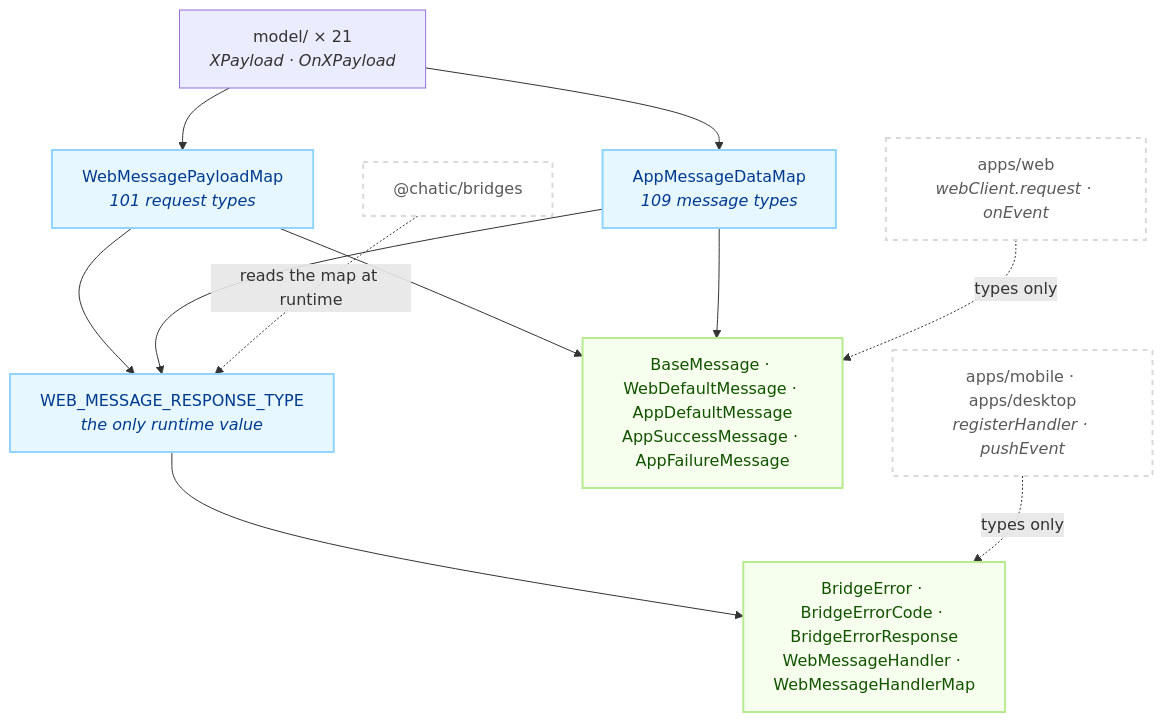
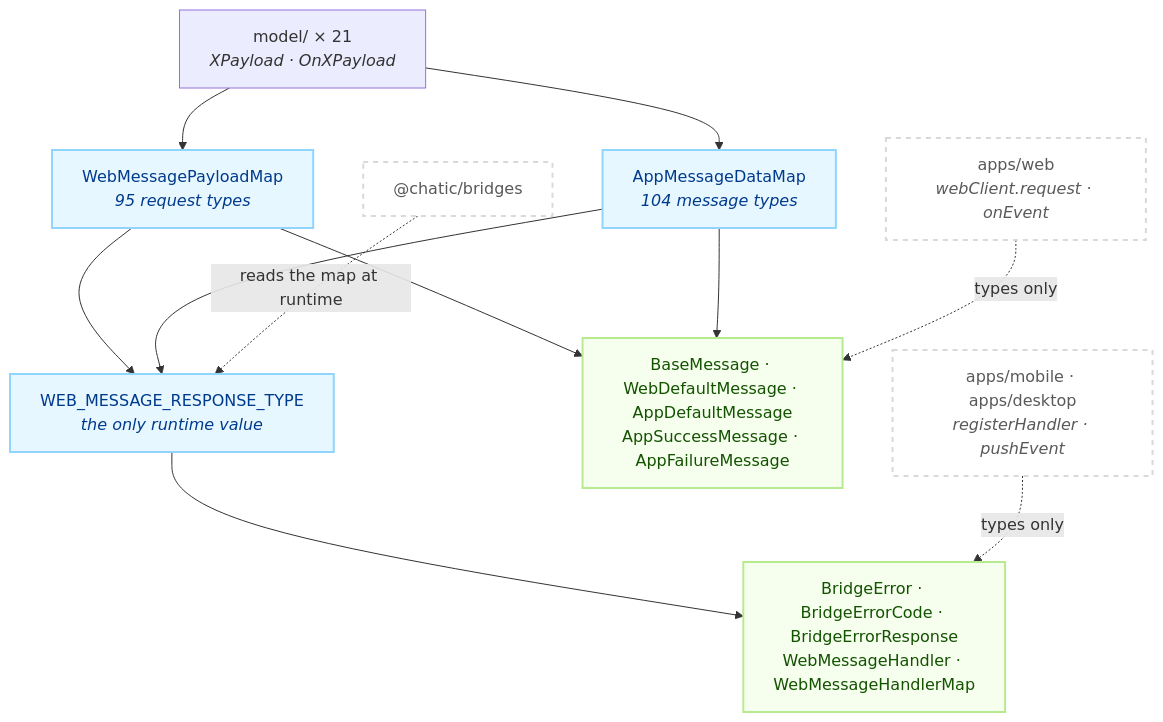
One commit to lemoncloud-io/dou-app changed the first of 2 diagrams in libs/app-messages/README.md. Above: the diagram before and after it, drawn with Mermaid. The commit also changed other lines of this file and 47 other files, not shown here.

````diff
--- a/libs/app-messages/README.md
+++ b/libs/app-messages/README.md
@@ -94,28 +99,28 @@
 ```mermaid
 flowchart TD
     classDef ext fill:#ffffff,stroke:#d9d9d9,stroke-width:2px,color:#595959,stroke-dasharray: 5 5;
     classDef map fill:#e6f7ff,stroke:#91d5ff,stroke-width:2px,color:#003a8c;
     classDef env fill:#f6ffed,stroke:#b7eb8f,stroke-width:2px,color:#135200;
 
     Model["model/ × 21<br/><i>XPayload · OnXPayload</i>"]
-    WM["WebMessagePayloadMap<br/><i>101 request types</i>"]:::map
-    AM["AppMessageDataMap<br/><i>109 message types</i>"]:::map
+    WM["WebMessagePayloadMap<br/><i>95 request types</i>"]:::map
+    AM["AppMessageDataMap<br/><i>104 message types</i>"]:::map
     RT["WEB_MESSAGE_RESPONSE_TYPE<br/><i>the only runtime value</i>"]:::map
     Env["BaseMessage · WebDefaultMessage · AppDefaultMessage<br/>AppSuccessMessage · AppFailureMessage"]:::env
     Err["BridgeError · BridgeErrorCode · BridgeErrorResponse<br/>WebMessageHandler · WebMessageHandlerMap"]:::env
 
     Web["apps/web<br/><i>webClient.request · onEvent</i>"]:::ext
     Shell["apps/mobile · apps/desktop<br/><i>registerHandler · pushEvent</i>"]:::ext
     Br["@chatic/bridges"]:::ext
 
     Model --> WM
     Model --> AM
     WM --> RT
     AM --> RT
     WM --> Env
     AM --> Env
     RT --> Err
     Br -.->|"reads the map at runtime"| RT
     Web -.->|"types only"| Env
     Shell -.->|"types only"| Err
 ```
````
